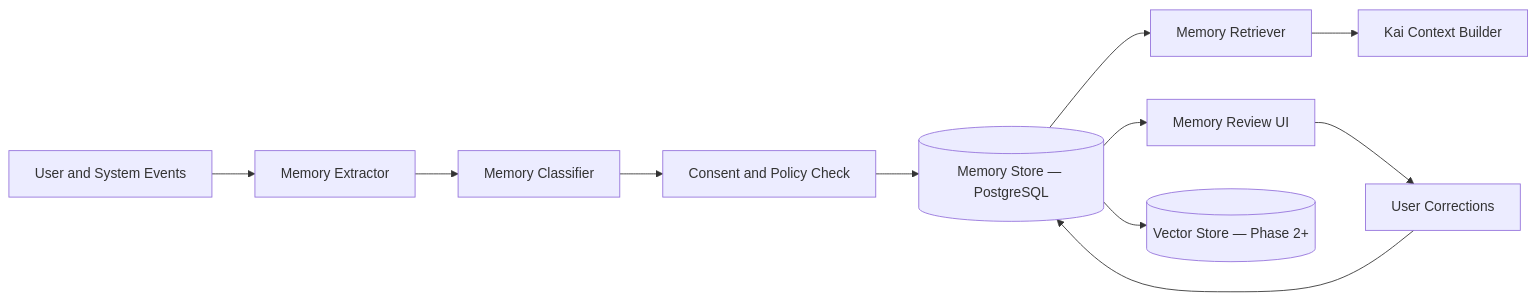
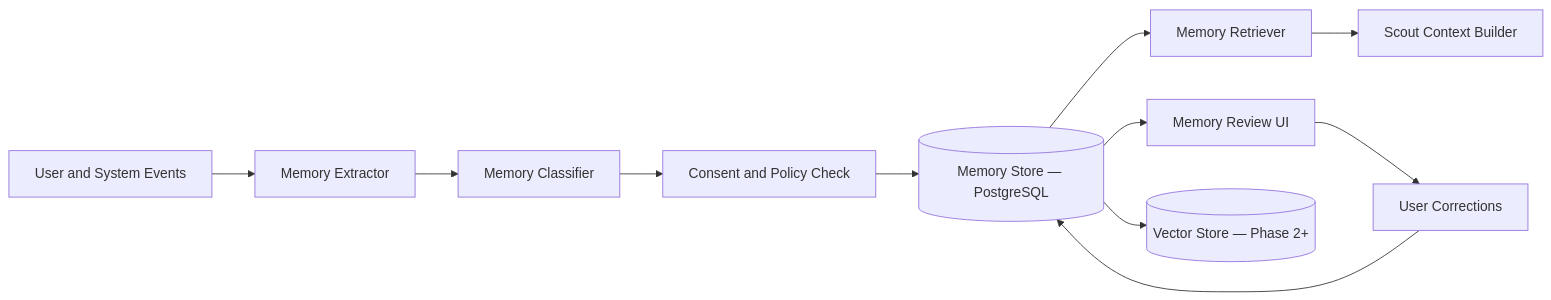
The diagram in docs/MEMORY_SYSTEM_ARCHITECTURE.md (Mirzzie/Fadi), drawn with Mermaid before and after one commit. The commit also changed other lines of this file and 142 other files, not shown here.

First line of the commit message:
feat!: rename Kai → Scout — the agent that finds what's ahead of you

````diff
--- a/docs/MEMORY_SYSTEM_ARCHITECTURE.md
+++ b/docs/MEMORY_SYSTEM_ARCHITECTURE.md
@@ -19,13 +19,13 @@
 ```mermaid
 flowchart LR
     Events[User and System Events] --> Extractor[Memory Extractor]
     Extractor --> Classifier[Memory Classifier]
     Classifier --> Consent[Consent and Policy Check]
     Consent --> Store[(Memory Store — PostgreSQL)]
     Store --> Retriever[Memory Retriever]
-    Retriever --> Context[Kai Context Builder]
+    Retriever --> Context[Scout Context Builder]
     Store --> UserUI[Memory Review UI]
     UserUI --> Corrections[User Corrections]
     Corrections --> Store
     Store --> Vector[(Vector Store — Phase 2+)]
 ```
````
